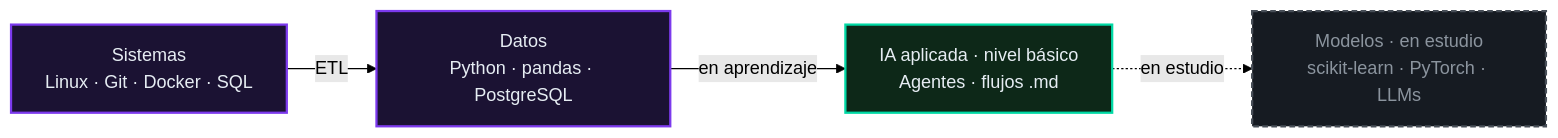
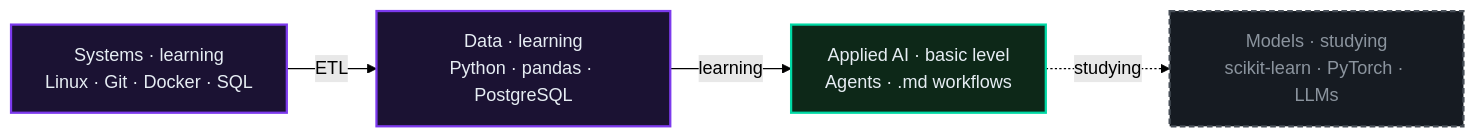
The diagram in README.md (Pauquen/Pauquen), drawn with Mermaid (forest theme) before and after one commit. The commit also changed other lines of this file, not shown here.

````diff
--- a/README.md
+++ b/README.md
@@ -46,19 +42,19 @@
 ```mermaid
 flowchart LR
-    S["Sistemas<br/>Linux · Git · Docker · SQL"]
-    D["Datos<br/>Python · pandas · PostgreSQL"]
-    A["IA aplicada · nivel básico<br/>Agentes · flujos .md"]
-    M["Modelos · en estudio<br/>scikit-learn · PyTorch · LLMs"]
+    S["Systems · learning<br/>Linux · Git · Docker · SQL"]
+    D["Data · learning<br/>Python · pandas · PostgreSQL"]
+    A["Applied AI · basic level<br/>Agents · .md workflows"]
+    M["Models · studying<br/>scikit-learn · PyTorch · LLMs"]
 
     S -->|ETL| D
-    D -->|en aprendizaje| A
-    A -.->|en estudio| M
+    D -->|learning| A
+    A -.->|studying| M
 
-    classDef practica fill:#0D2818,stroke:#00D9A5,color:#E6EDF3,stroke-width:2px;
-    classDef aprendizaje fill:#1B1233,stroke:#7C3AED,color:#E6EDF3,stroke-width:2px;
-    classDef estudio fill:#161B22,stroke:#484F58,color:#8B949E,stroke-width:2px,stroke-dasharray:5 3;
+    classDef practice fill:#0D2818,stroke:#00D9A5,color:#E6EDF3,stroke-width:2px;
+    classDef learningStyle fill:#1B1233,stroke:#7C3AED,color:#E6EDF3,stroke-width:2px;
+    classDef study fill:#161B22,stroke:#484F58,color:#8B949E,stroke-width:2px,stroke-dasharray:5 3;
 
-    class A practica;
-    class S,D aprendizaje;
-    class M estudio;
+    class A practice;
+    class S,D learningStyle;
+    class M study;
 ```
````
